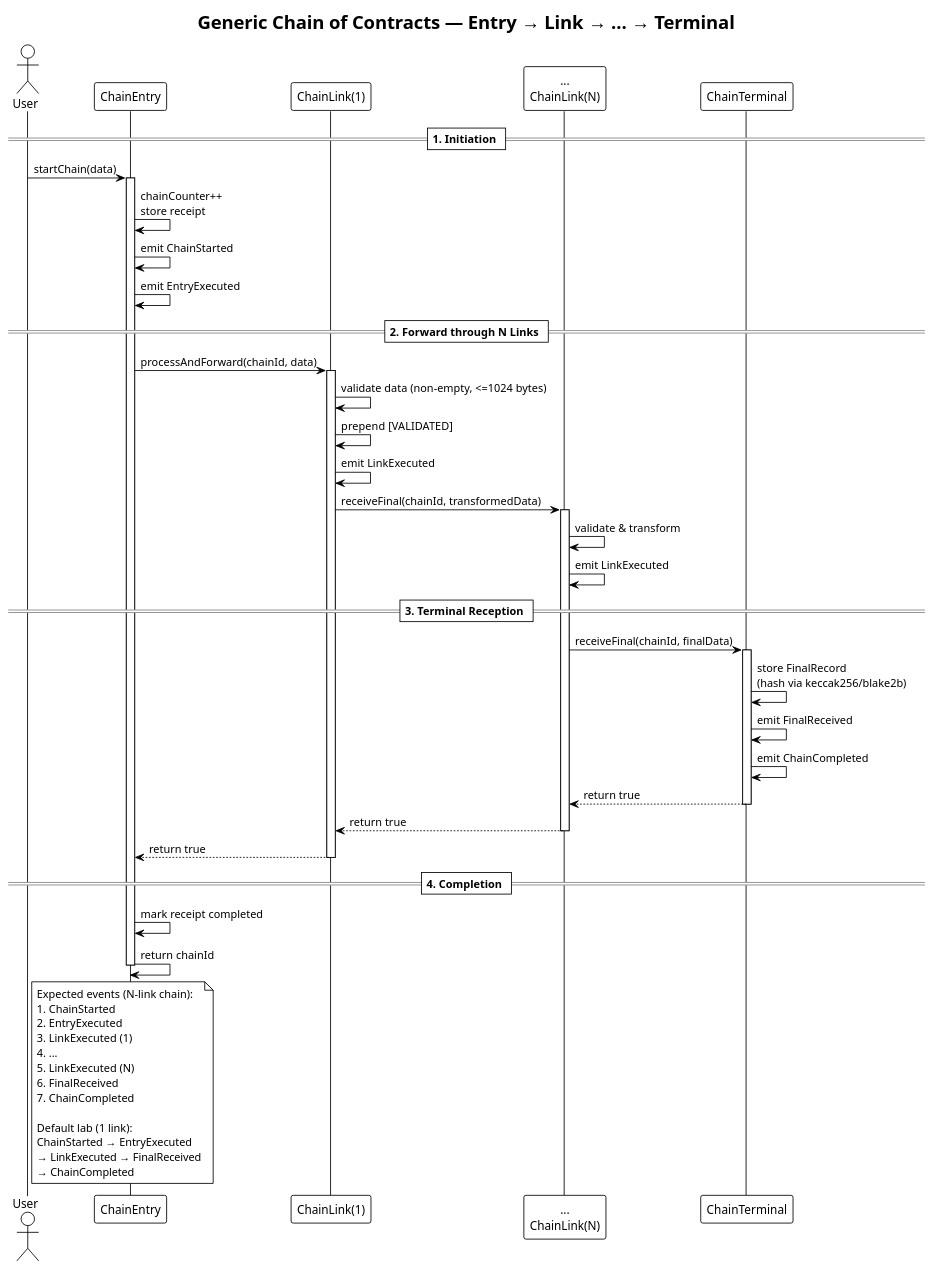
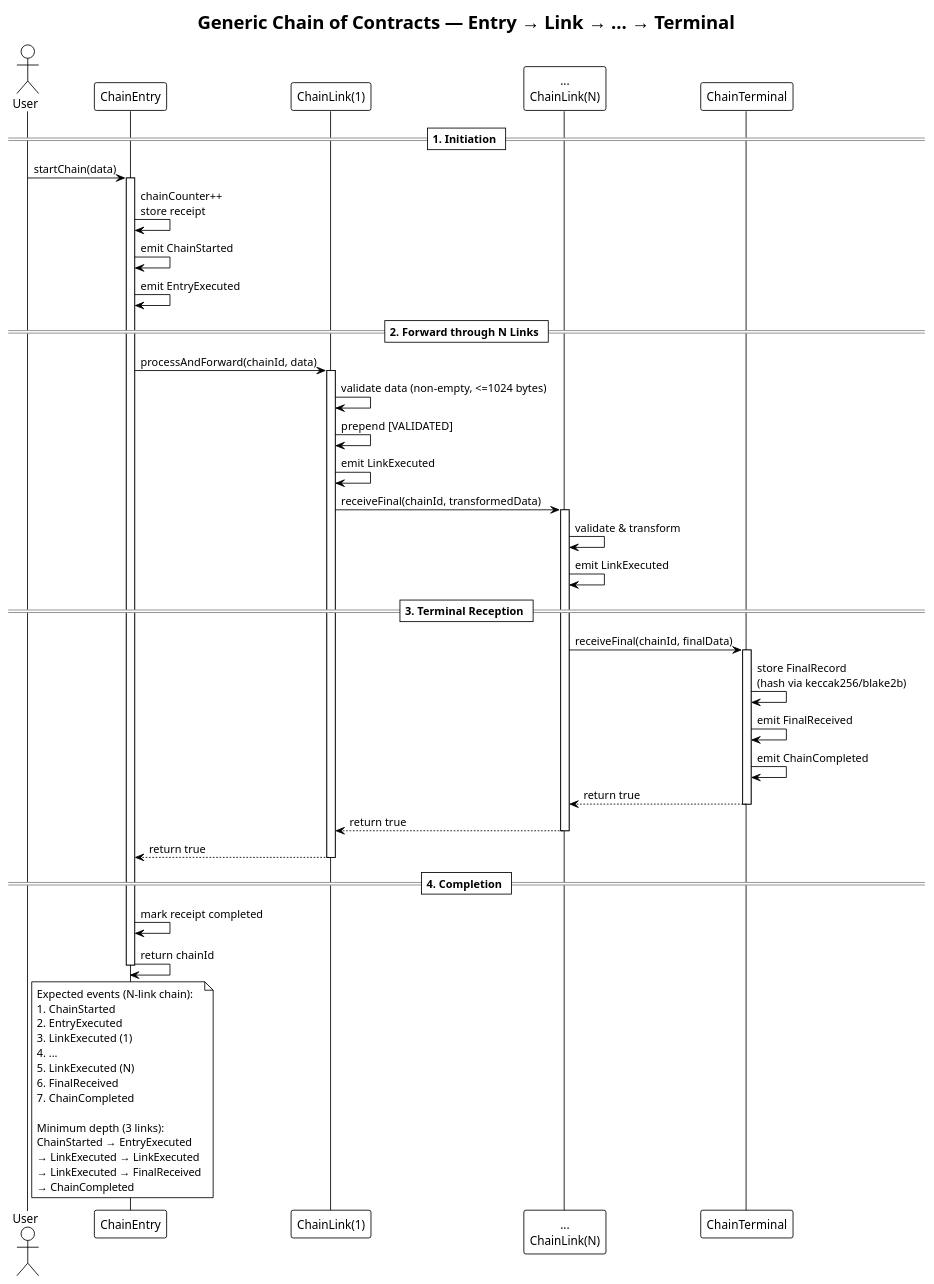
The diagram in shared/diagrams/chain-flow.puml (FyodorAmanov1/ChainOfContracts), drawn with PlantUML before and after one commit. The commit also changed 15 other files, not shown here.

Commit message:
The minimum depth updated

```diff
--- a/shared/diagrams/chain-flow.puml
+++ b/shared/diagrams/chain-flow.puml
@@ -1,67 +1,68 @@
 @startuml GenericChain_Flow
 !theme plain
 
 title Generic Chain of Contracts — Entry → Link → ... → Terminal
 
 actor User as U
 participant ChainEntry as E
 participant "ChainLink(1)" as L1
 participant "...\nChainLink(N)" as LM
 participant ChainTerminal as T
 
 == 1. Initiation ==
 U -> E: startChain(data)
 activate E
 E -> E: chainCounter++\nstore receipt
 E -> E: emit ChainStarted
 E -> E: emit EntryExecuted
 
 == 2. Forward through N Links ==
 E -> L1: processAndForward(chainId, data)
 activate L1
 L1 -> L1: validate data (non-empty, <=1024 bytes)
 L1 -> L1: prepend [VALIDATED]
 L1 -> L1: emit LinkExecuted
 
 L1 -> LM: receiveFinal(chainId, transformedData)
 activate LM
 LM -> LM: validate & transform
 LM -> LM: emit LinkExecuted
 
 == 3. Terminal Reception ==
 LM -> T: receiveFinal(chainId, finalData)
 activate T
 T -> T: store FinalRecord\n(hash via keccak256/blake2b)
 T -> T: emit FinalReceived
 T -> T: emit ChainCompleted
 T --> LM: return true
 deactivate T
 
 LM --> L1: return true
 deactivate LM
 
 L1 --> E: return true
 deactivate L1
 
 == 4. Completion ==
 E -> E: mark receipt completed
 E -> E: return chainId
 deactivate E
 
 note right of U
   Expected events (N-link chain):
   1. ChainStarted
   2. EntryExecuted
   3. LinkExecuted (1)
   4. ...
   5. LinkExecuted (N)
   6. FinalReceived
   7. ChainCompleted
 
-  Default lab (1 link):
+  Minimum depth (3 links):
   ChainStarted → EntryExecuted
+  → LinkExecuted → LinkExecuted
   → LinkExecuted → FinalReceived
   → ChainCompleted
 end note
 
 @enduml
```
